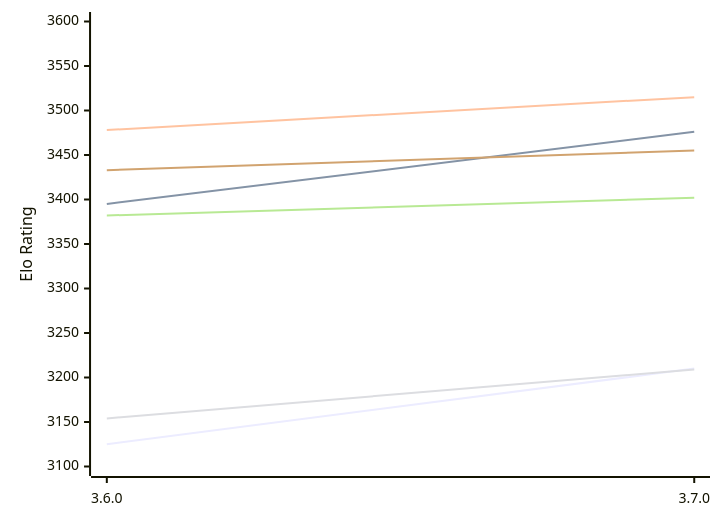
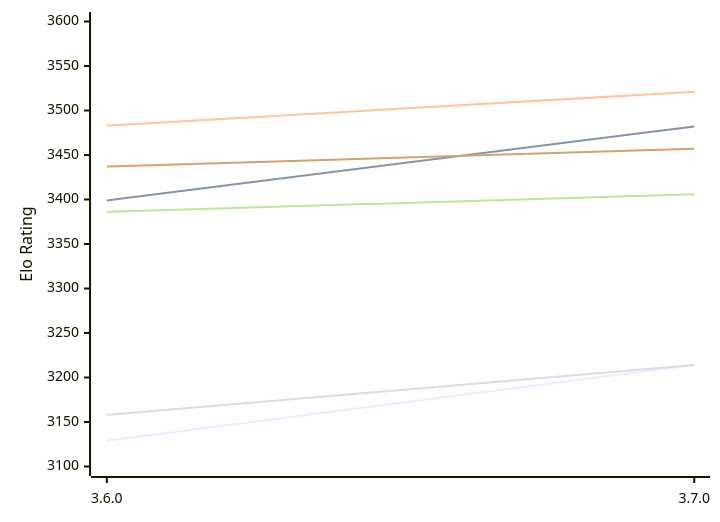
One commit to computer-chess-index/cci changed the diagram in engines/Simplechess.md. Above: the diagram before and after it, drawn with Mermaid. The commit also changed other lines of this file, not shown here.

Commit message:
Update CCI Ratings (ELO VLTC) - 2026-11-20

````diff
--- a/engines/Simplechess.md
+++ b/engines/Simplechess.md
@@ -49,12 +49,12 @@
 ```mermaid
 %%{init: {"theme":"base","themeVariables":{"seriesColors:['#a3a3a3','#222221','#faa371']}}}%%
 xychart-beta
   x-axis ["3.6.0", "3.7.0"]
   y-axis "Elo Rating" 3100 --> 3600
-  line "E1: STC (8.0+0.08s)" [3125, 3210]
-  line "E1: LTC (60.0+0.60s)" [3395, 3476]
-  line "E1: VLTC (2m24s+1.12s)" [3478, 3515]
-  line "P1: STC (8.0+0.08s)" [3154, 3209]
-  line "P1: LTC (60.0+0.60s)" [3382, 3402]
-  line "P1: VLTC (2m24s+1.12s)" [3433, 3455]
+  line "E1: STC (8.0+0.08s)" [3129, 3214]
+  line "E1: LTC (60.0+0.60s)" [3399, 3482]
+  line "E1: VLTC (2m24s+1.12s)" [3483, 3521]
+  line "P1: STC (8.0+0.08s)" [3158, 3214]
+  line "P1: LTC (60.0+0.60s)" [3386, 3406]
+  line "P1: VLTC (2m24s+1.12s)" [3437, 3457]
 ```
````
